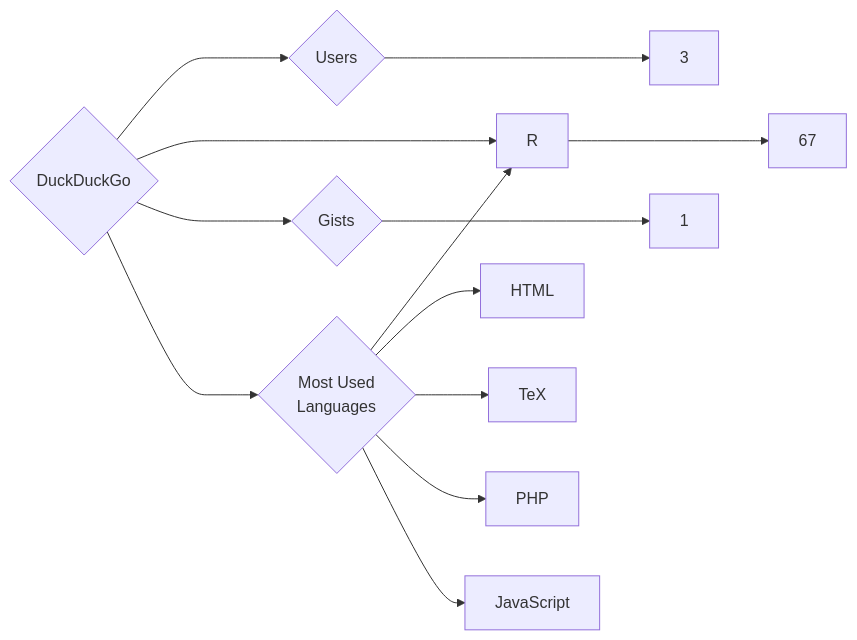
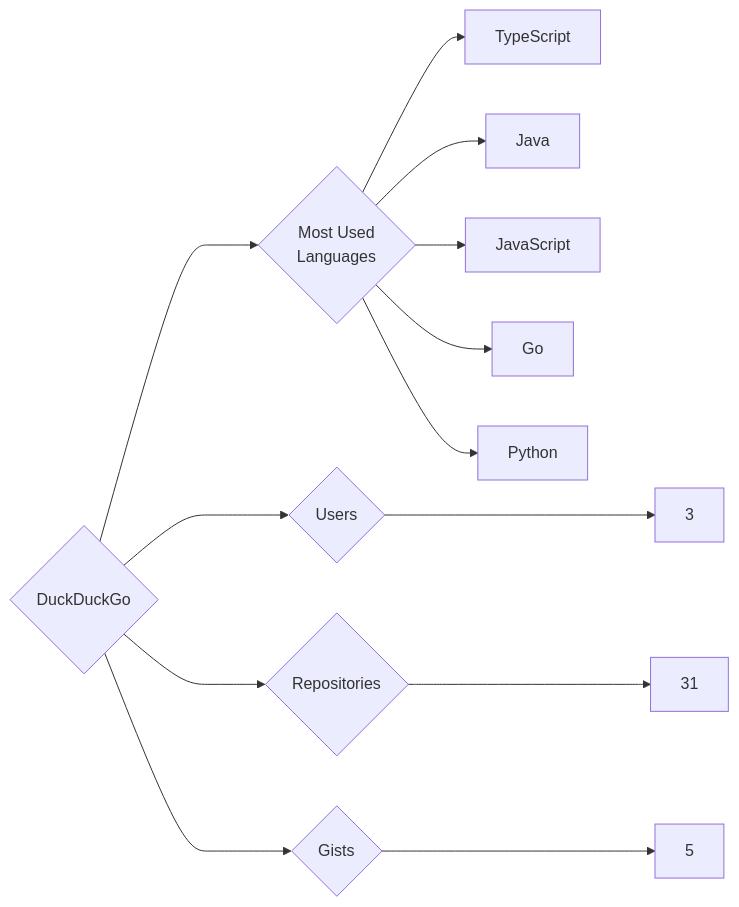
Before and after one commit to trickest/insiders: the diagram in targets/DuckDuckGo/README.md, drawn with Mermaid. The commit also changed 912 other files, not shown here.

````diff
--- a/targets/DuckDuckGo/README.md
+++ b/targets/DuckDuckGo/README.md
@@ -3,13 +3,13 @@
 ```mermaid
 graph LR
 COMPANY_NAME{DuckDuckGo}
 COMPANY_NAME ---> U{Users} ---> UN[3]
-COMPANY_NAME ---> R{Repositories} ---> RN[67]
-COMPANY_NAME ---> G{Gists} ---> GN[1]
+COMPANY_NAME ---> R{Repositories} ---> RN[31]
+COMPANY_NAME ---> G{Gists} ---> GN[5]
 COMPANY_NAME ---> ML{Most Used<br>Languages}
-ML --> R[R]
-ML --> HTML[HTML]
-ML --> TeX[TeX]
-ML --> PHP[PHP]
+ML --> TypeScript[TypeScript]
+ML --> Java[Java]
 ML --> JavaScript[JavaScript]
+ML --> Go[Go]
+ML --> Python[Python]
 ```
````
